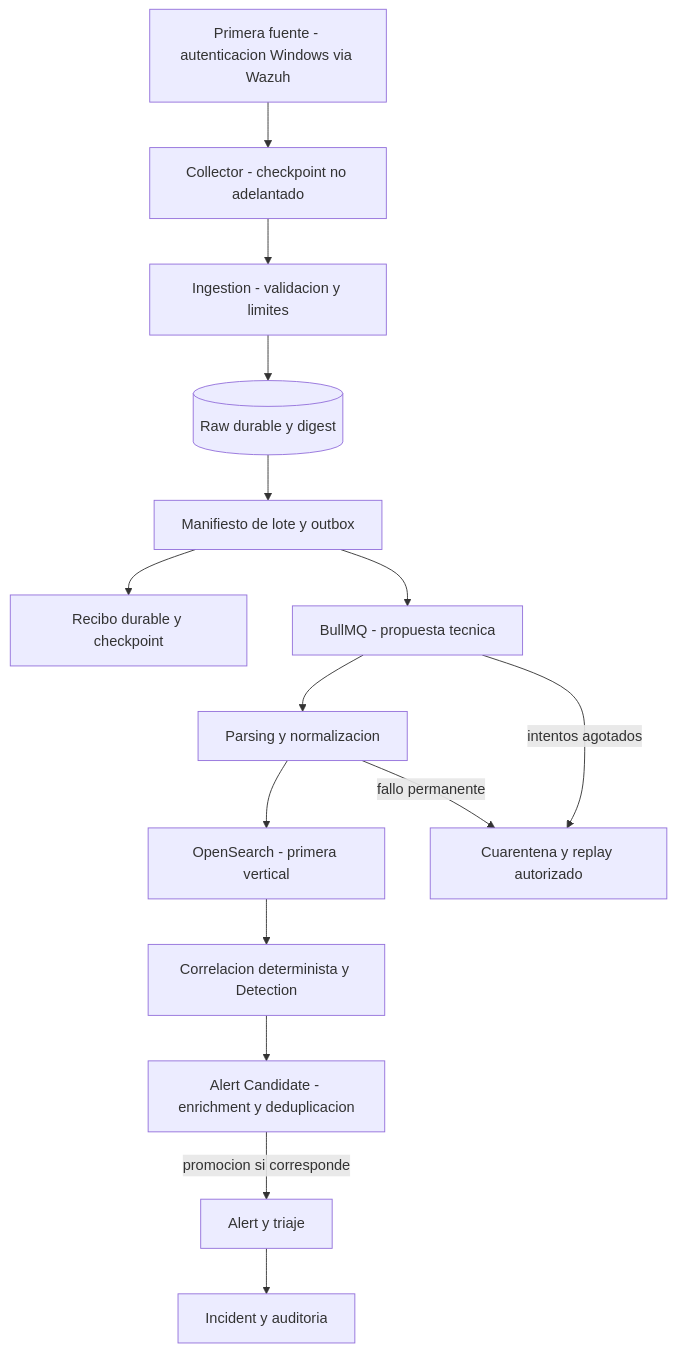
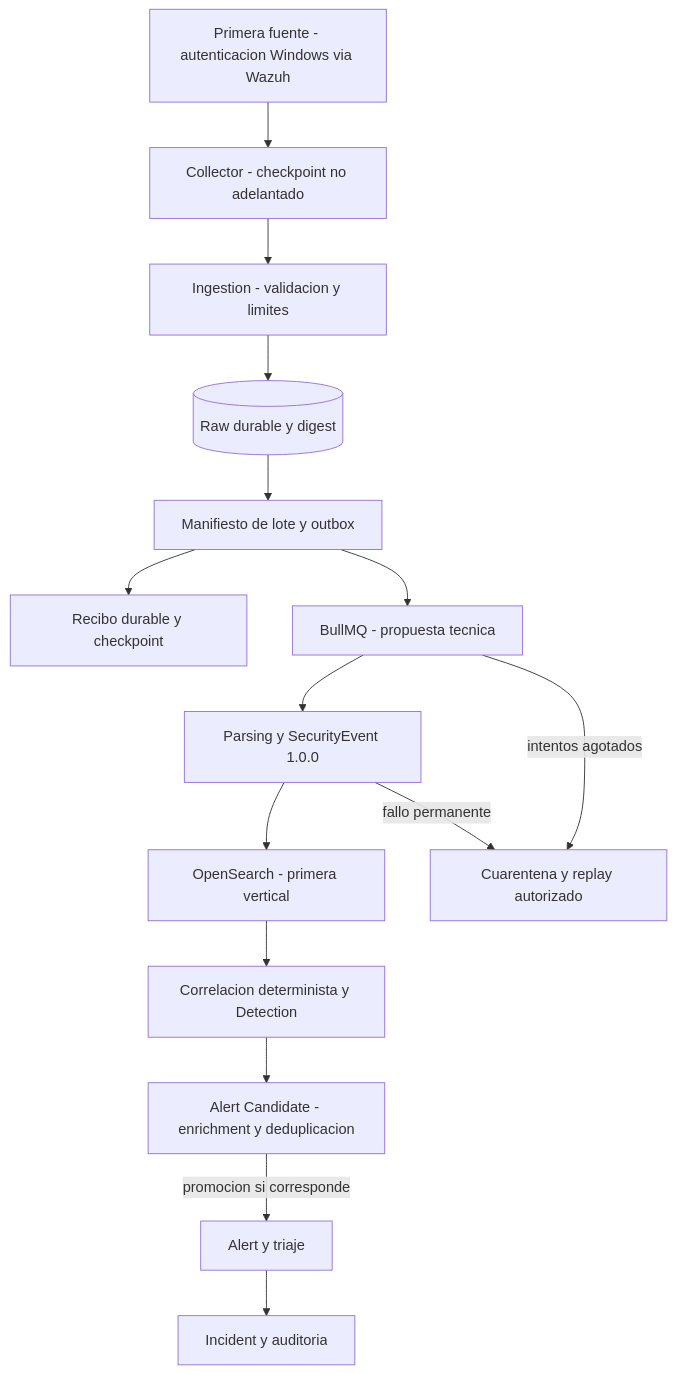
Before and after one commit to CyberStill-GmbH/qapaq-secops: the diagram in docs/diagrams/04-ingestion.mmd, drawn with Mermaid. The commit also changed 14 other files, not shown here.

Commit message:
docs(arquitectura): integrar SecurityEvent en el flujo SOC

```diff
--- a/docs/diagrams/04-ingestion.mmd
+++ b/docs/diagrams/04-ingestion.mmd
@@ -1,21 +1,21 @@
 flowchart TB
     SOURCE["Primera fuente - autenticacion Windows via Wazuh"]
     COL["Collector - checkpoint no adelantado"]
     ING["Ingestion - validacion y limites"]
     RAW[("Raw durable y digest")]
     MAN["Manifiesto de lote y outbox"]
     ACK["Recibo durable y checkpoint"]
     QUEUE["BullMQ - propuesta tecnica"]
-    NORM["Parsing y normalizacion"]
+    NORM["Parsing y SecurityEvent 1.0.0"]
     IDX["OpenSearch - primera vertical"]
     ANA["Correlacion determinista y Detection"]
     CAND["Alert Candidate - enrichment y deduplicacion"]
     ALERT["Alert y triaje"]
     SOC["Incident y auditoria"]
     BAD["Cuarentena y replay autorizado"]
     SOURCE --> COL --> ING --> RAW --> MAN
     MAN --> ACK
     MAN --> QUEUE --> NORM --> IDX --> ANA --> CAND
     CAND -->|promocion si corresponde| ALERT --> SOC
     NORM -->|fallo permanente| BAD
     QUEUE -->|intentos agotados| BAD
```
